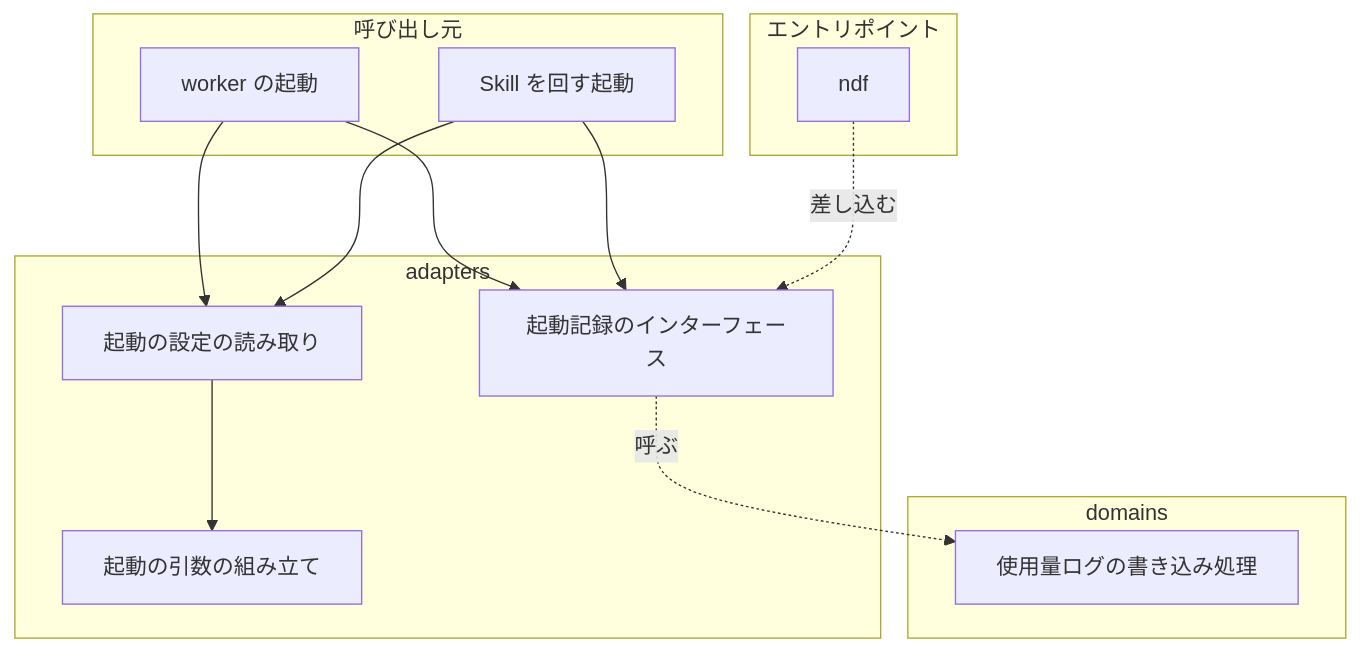
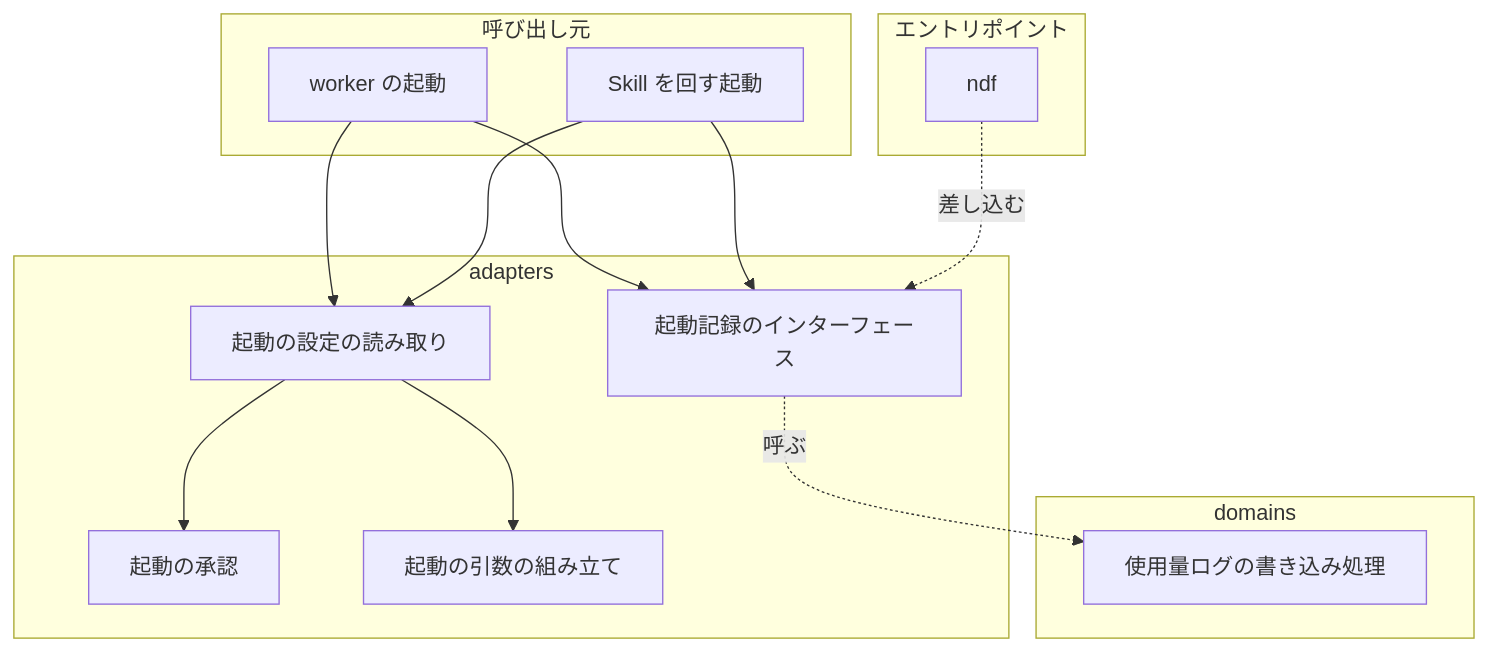
The third of 4 diagrams in issues/issue-1959-design.md (devbasex/ai-plugins), drawn with Mermaid before and after one commit. The commit also changed other lines of this file and 6 other files, not shown here.

````diff
--- a/issues/issue-1959-design.md
+++ b/issues/issue-1959-design.md
@@ -155,22 +188,24 @@
 ```mermaid
 graph TD
     subgraph エントリポイント
         E[ndf]
     end
     subgraph 呼び出し元
         W[worker の起動]
         S[Skill を回す起動]
     end
     subgraph adapters
         G[起動の設定の読み取り]
+        P2[起動の承認]
         A[起動の引数の組み立て]
         K[起動記録のインターフェース]
     end
     subgraph domains
         U[使用量ログの書き込み処理]
     end
     W & S --> G --> A
+    G --> P2
     W & S --> K
     E -. 差し込む .-> K
     K -. 呼ぶ .-> U
 ```
````
